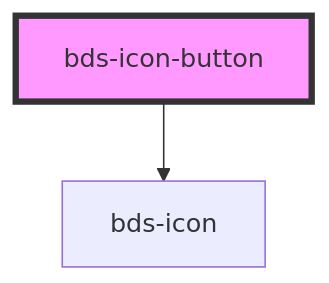
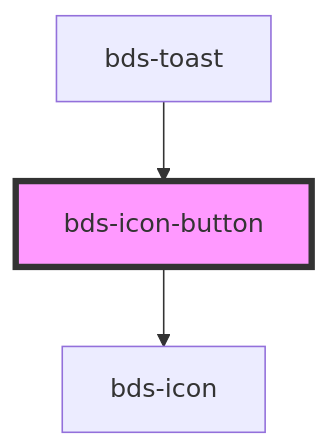
One commit to takenet/blip-ds changed the diagram in src/components/icon-button/readme.md. Above: the diagram before and after it, drawn with Mermaid. The commit also changed other lines of this file and 30 other files, not shown here.

First line of the commit message:
feat(component): adjust toast component, button component and icon-buttons component

````diff
--- a/src/components/icon-button/readme.md
+++ b/src/components/icon-button/readme.md
@@ -25,5 +29,6 @@
 ```mermaid
 graph TD;
   bds-icon-button --> bds-icon
+  bds-toast --> bds-icon-button
   style bds-icon-button fill:#f9f,stroke:#333,stroke-width:4px
 ```
````
